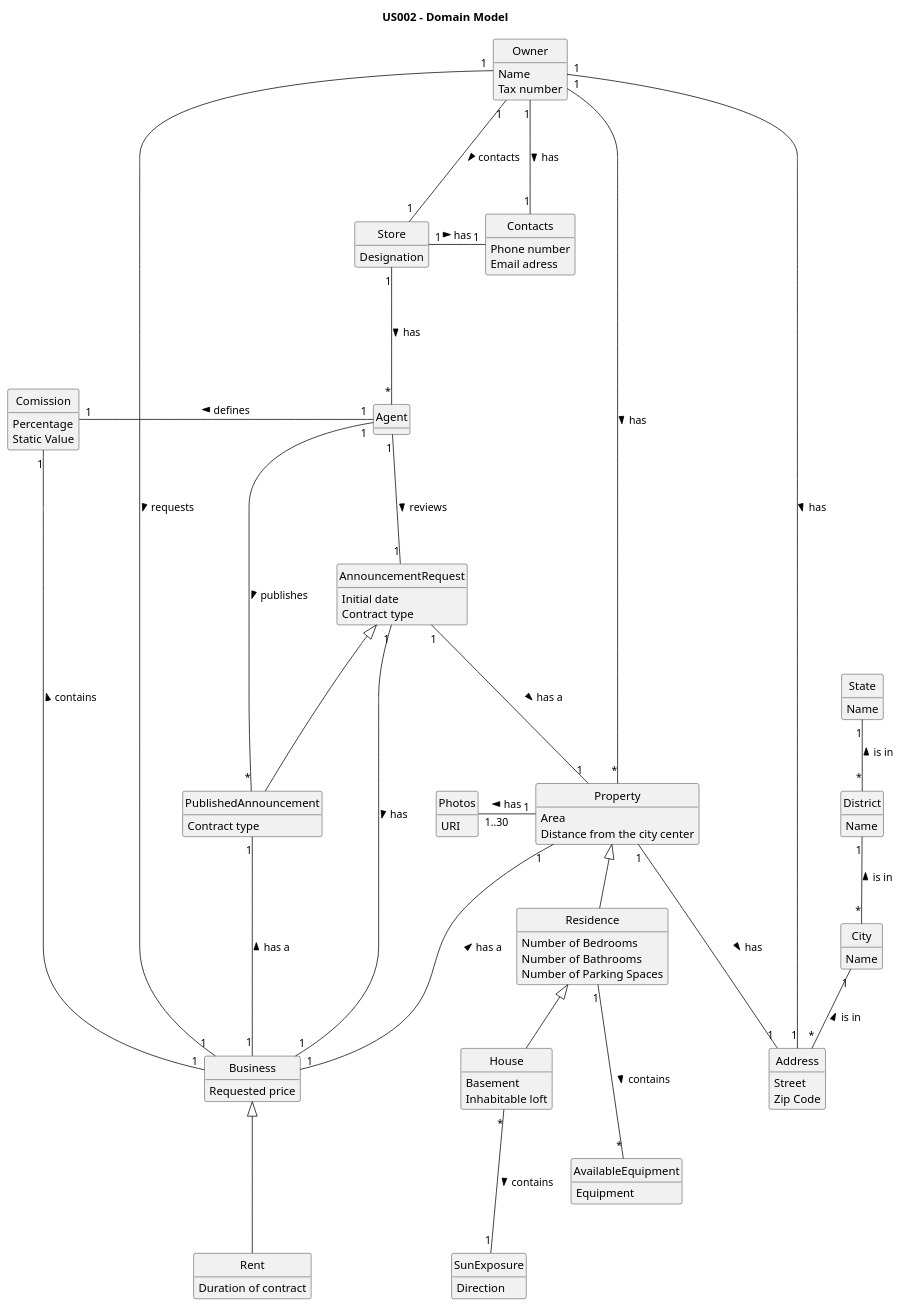
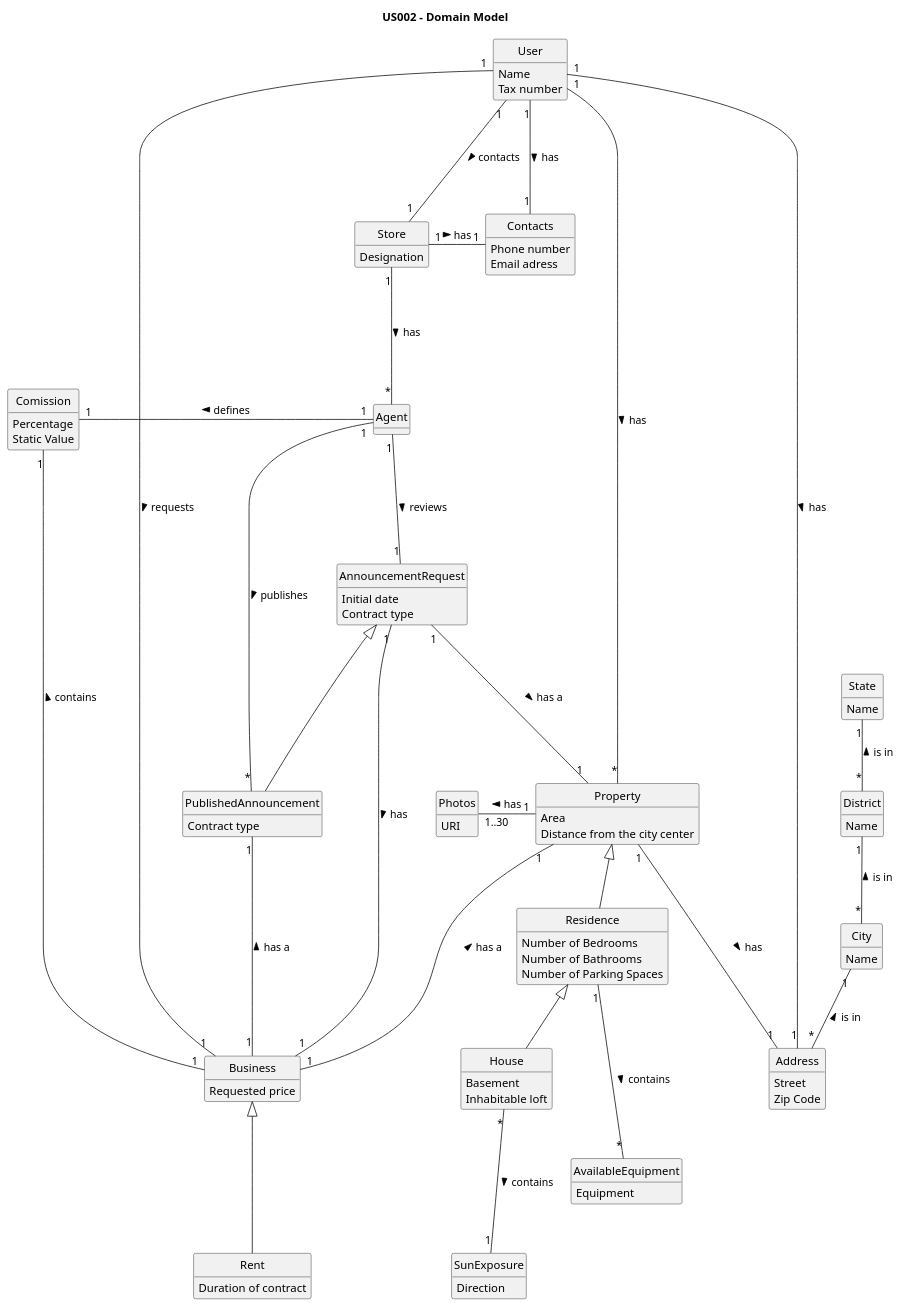
Before and after one commit to PureNimble/ISEP-LAPR2: the diagram in docs/sprintB/US02/02.analysis/puml/us02-domain-model.puml, drawn with PlantUML. The commit also changed 1 other file, not shown here.

Commit message:
Class Diagram and domain module US002 (small change)

```diff
--- a/docs/sprintB/US02/02.analysis/puml/us02-domain-model.puml
+++ b/docs/sprintB/US02/02.analysis/puml/us02-domain-model.puml
@@ -1,132 +1,132 @@
 @startuml
 
 skinparam groupInheritance 2
 skinparam monochrome true
 skinparam packageStyle rectangle
 skinparam shadowing false
 'skinparam linetype ortho
 'left to right direction
 skinparam classAttributeIconSize 0
 hide circle
 hide methods
 
 title US002 - Domain Model
 
 class Address{
 Street
 Zip Code
 }
 
 class City{
 Name
 }
 
 class District{
 Name
 }
 
 class State{
 Name
 }
 
 
 State "1"-- "*" District: is in <
 District "1"-- "*" City: is in <
 City "1"-- "*" Address: is in <
 
 
 class Contacts {
 Phone number
 Email adress
 }
 
 class Business {
 Requested price
 }
 
 class Store {
 Designation
 }
 
-class Owner {
+class User {
 Name
 Tax number
 }
 
-Owner "1" -down-- "1" Contacts: has >
+User "1" -down-- "1" Contacts: has >
 Store "1" -right-- "1" Contacts: has >
-Address "1" -left-- "1" Owner: has <
-Owner "1" -down-- "1" Store: contacts >
+Address "1" -left-- "1" User: has <
+User "1" -down-- "1" Store: contacts >
 Agent "*" -up-- "1" Store: has <
 
 
 class Residence {
 Number of Bedrooms
 Number of Bathrooms
 Number of Parking Spaces
  }
 
 class Property {
 Area
 Distance from the city center
 }
 
 class Photos{
 URI
 }
 
 class House {
 Basement
 Inhabitable loft
 }
 
 class SunExposure {
 Direction
 }
 
 class AvailableEquipment {
 Equipment
 }
 
 Residence <|-down- House
 Property <|-down- Residence
 Property "1" -left-- "1..30" Photos: has >
 SunExposure "1" -up-- "*" House: contains <
 Address "1" -up-- "1" Property: has <
-Owner "1" -down-- "*" Property: has >
+User "1" -down-- "*" Property: has >
 AvailableEquipment "*" -up-- "1" Residence: contains <
 
 
 
 class Comission{
 Percentage
 Static Value
 }
 
 class Rent {
 Duration of contract
 }
 
 class AnnouncementRequest{
 Initial date
 Contract type
 }
 
 class PublishedAnnouncement {
 Contract type
 }
 
 Comission "1" -right-- "1" Agent: defines <
 Comission "1" --- "1" Business: contains <
-Owner "1" --- "1" Business: requests >
+User "1" --- "1" Business: requests >
 Property "1" --- "1" Business: has a <
 AnnouncementRequest "1" --- "1" Business: has >
 Agent "1" --- "1" AnnouncementRequest : reviews >
 AnnouncementRequest "1" --- "1" Property: has a >
 AnnouncementRequest  <|---  PublishedAnnouncement
 PublishedAnnouncement "*" --- "1" Agent: publishes <
 PublishedAnnouncement "1" --- "1" Business: has a <
 Business <|--- Rent
 
 
 @enduml
```
